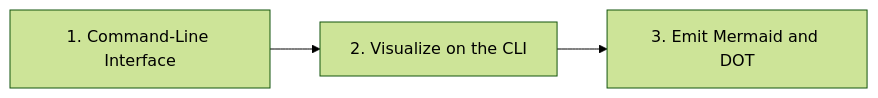
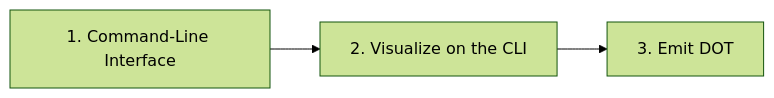
Before and after one commit to pengzhengyi/dialoguedown: the second of 3 diagrams in docs/contributing/design-notes/README.md, drawn with Mermaid (forest theme). The commit also changed other lines of this file and 48 other files, not shown here.

First line of the commit message:
feat(visualization)!: render Mermaid authoring diagrams in previews (#271)

````diff
--- a/docs/contributing/design-notes/README.md
+++ b/docs/contributing/design-notes/README.md
@@ -118,5 +118,5 @@
 ```mermaid
 flowchart LR
     CLI["1. Command-Line Interface"] --> VZ["2. Visualize on the CLI"]
-    VZ --> EM["3. Emit Mermaid and DOT"]
+    VZ --> DOT["3. Emit DOT"]
 ```
````
